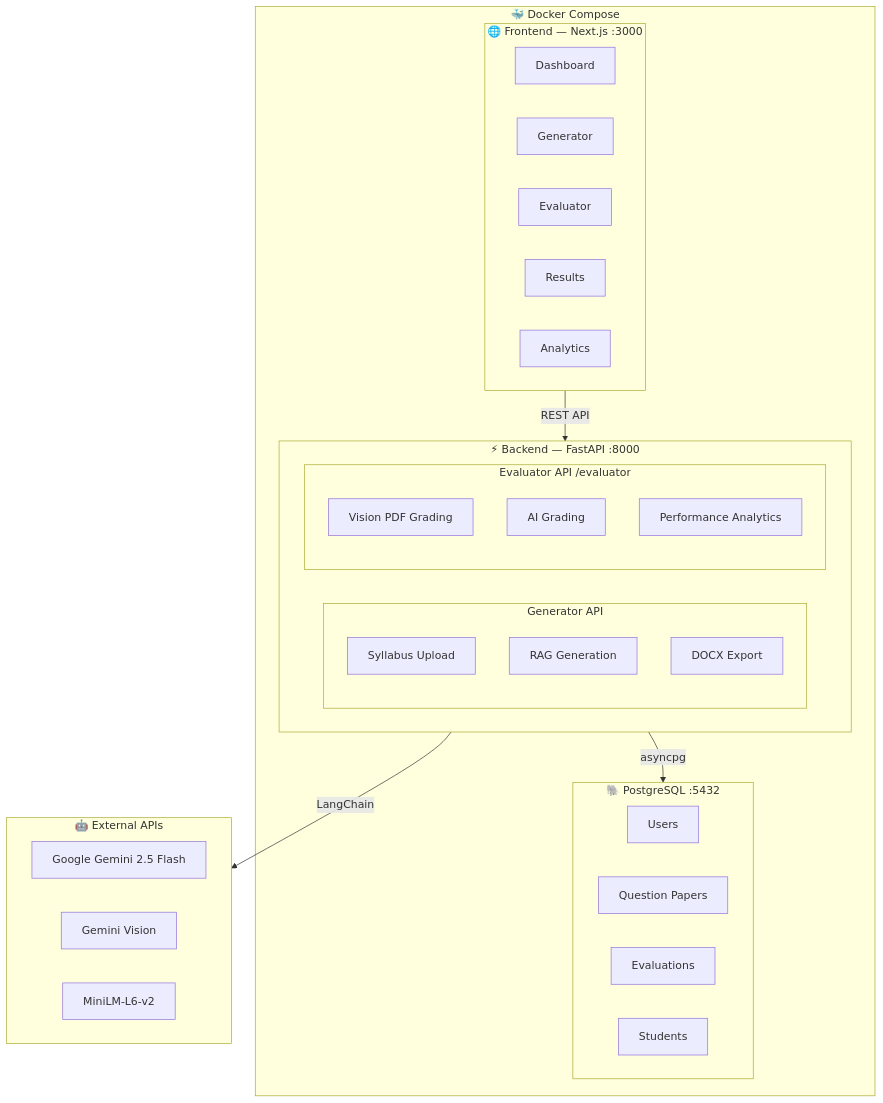
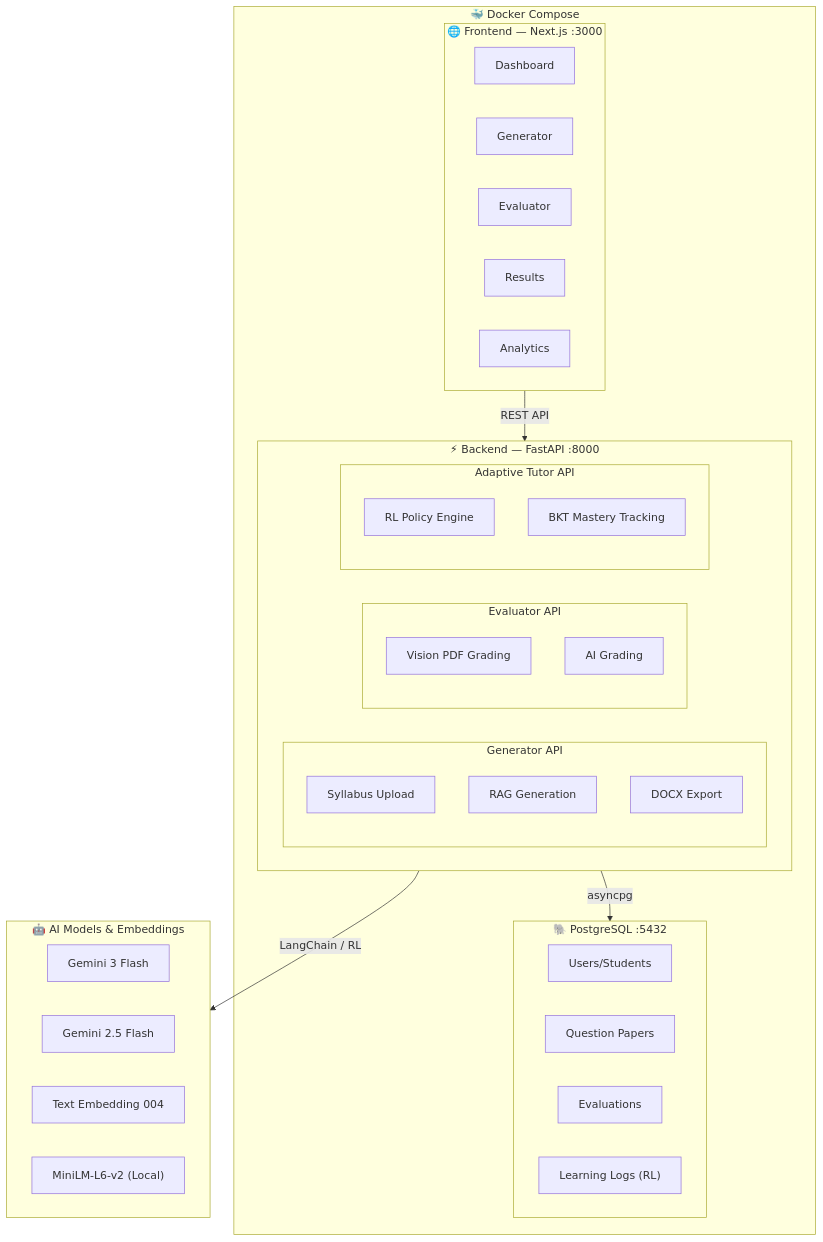
The first of 2 diagrams in README.md (Edric2412/Q-A), drawn with Mermaid before and after one commit. The commit also changed other lines of this file and 40 other files, not shown here.

Commit message:
Adaptive Learning RL

````diff
--- a/README.md
+++ b/README.md
@@ -45,46 +53,50 @@
 ```mermaid
 flowchart TB
     subgraph Docker["🐳 Docker Compose"]
         subgraph Frontend["🌐 Frontend — Next.js :3000"]
             direction LR
             D["Dashboard"]
             G["Generator"]
             E["Evaluator"]
             R["Results"]
             A["Analytics"]
         end
 
         subgraph Backend["⚡ Backend — FastAPI :8000"]
             direction LR
             subgraph GenAPI["Generator API"]
                 G1["Syllabus Upload"]
                 G2["RAG Generation"]
                 G3["DOCX Export"]
             end
-            subgraph EvalAPI["Evaluator API /evaluator"]
+            subgraph EvalAPI["Evaluator API"]
                 E1["Vision PDF Grading"]
                 E2["AI Grading"]
-                E3["Performance Analytics"]
+            end
+            subgraph LearnAPI["Adaptive Tutor API"]
+                L1["RL Policy Engine"]
+                L2["BKT Mastery Tracking"]
             end
         end
 
         subgraph DB["🐘 PostgreSQL :5432"]
             direction LR
-            T1["Users"]
+            T1["Users/Students"]
             T2["Question Papers"]
             T3["Evaluations"]
-            T4["Students"]
+            T4["Learning Logs (RL)"]
         end
     end
 
-    subgraph AI["🤖 External APIs"]
+    subgraph AI["🤖 AI Models & Embeddings"]
         direction LR
-        Gemini["Google Gemini 2.5 Flash"]
-        Vision["Gemini Vision"]
-        MiniLM["MiniLM-L6-v2"]
+        Gemini["Gemini 3 Flash"]
+        Flash["Gemini 2.5 Flash"]
+        Embed["Text Embedding 004"]
+        MiniLM["MiniLM-L6-v2 (Local)"]
     end
 
     Frontend -->|REST API| Backend
     Backend -->|asyncpg| DB
-    Backend -->|LangChain| AI
+    Backend -->|LangChain / RL| AI
 ```
````
